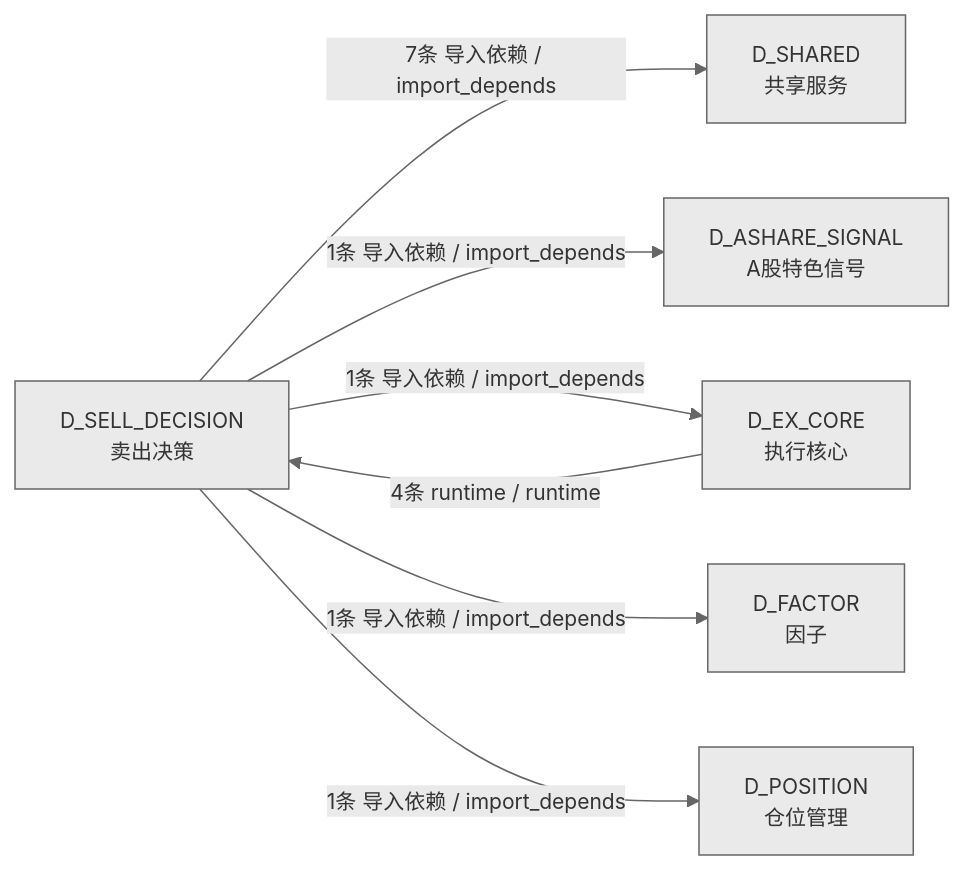
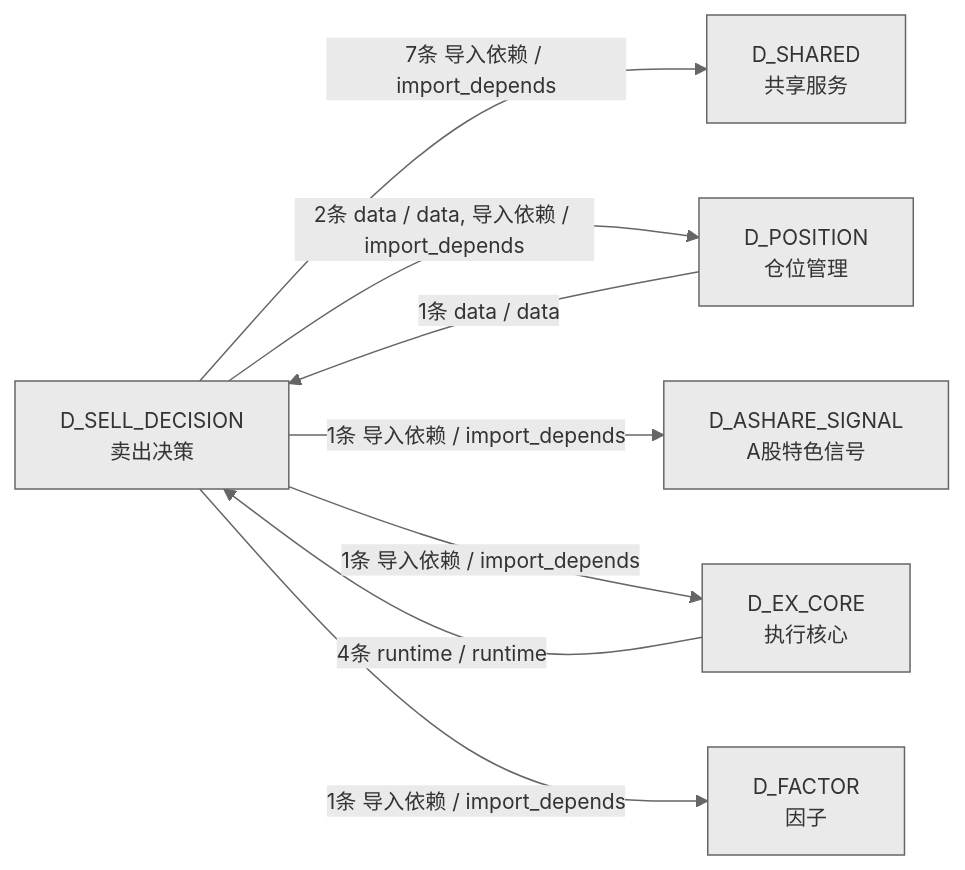
The fourth of 4 diagrams in docs/02_enterprise_architecture/02_domain_architecture_docs/67_d_sell_decision.md (xuanFelixVan/ZephyrAlpha), drawn with Mermaid before and after one commit. The commit also changed other lines of this file and 13 other files, not shown here.

````diff
--- a/docs/02_enterprise_architecture/02_domain_architecture_docs/67_d_sell_decision.md
+++ b/docs/02_enterprise_architecture/02_domain_architecture_docs/67_d_sell_decision.md
@@ -262,16 +266,17 @@
 ```mermaid
 %%{init: {'theme': 'base', 'themeVariables': {'primaryColor': '#eaeaea', 'primaryTextColor': '#333333', 'primaryBorderColor': '#666666', 'lineColor': '#666666', 'secondaryColor': '#eaeaea', 'tertiaryColor': '#eaeaea', 'fontSize': '14px'}}}%%
 graph LR
     D_SELL_DECISION["D_SELL_DECISION<br/>卖出决策"]
     D_SHARED["D_SHARED<br/>共享服务"]
+    D_POSITION["D_POSITION<br/>仓位管理"]
     D_ASHARE_SIGNAL["D_ASHARE_SIGNAL<br/>A股特色信号"]
     D_EX_CORE["D_EX_CORE<br/>执行核心"]
     D_FACTOR["D_FACTOR<br/>因子"]
-    D_POSITION["D_POSITION<br/>仓位管理"]
     D_SELL_DECISION -->|7条 导入依赖 / import_depends| D_SHARED
+    D_SELL_DECISION -->|2条 data / data, 导入依赖 / import_depends| D_POSITION
     D_SELL_DECISION -->|1条 导入依赖 / import_depends| D_ASHARE_SIGNAL
     D_SELL_DECISION -->|1条 导入依赖 / import_depends| D_EX_CORE
     D_SELL_DECISION -->|1条 导入依赖 / import_depends| D_FACTOR
-    D_SELL_DECISION -->|1条 导入依赖 / import_depends| D_POSITION
     D_EX_CORE -->|4条 runtime / runtime| D_SELL_DECISION
+    D_POSITION -->|1条 data / data| D_SELL_DECISION
 ```
````
